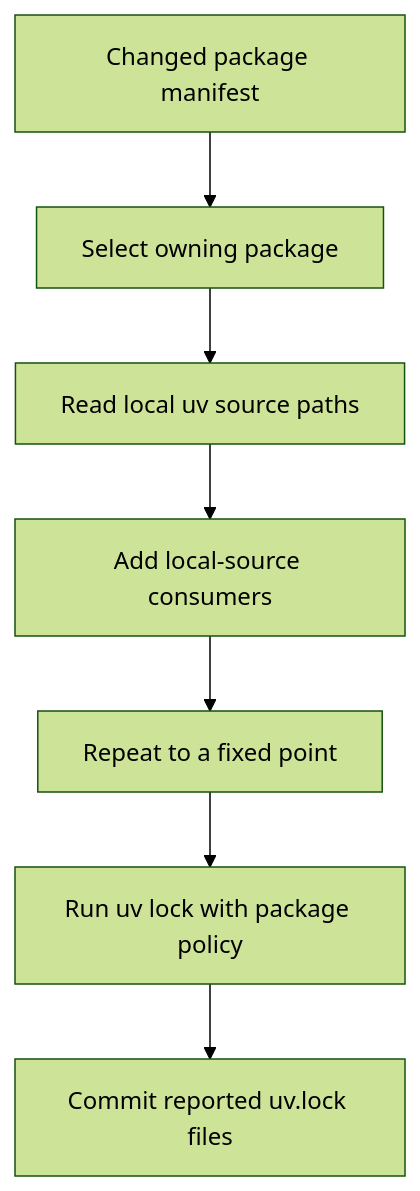
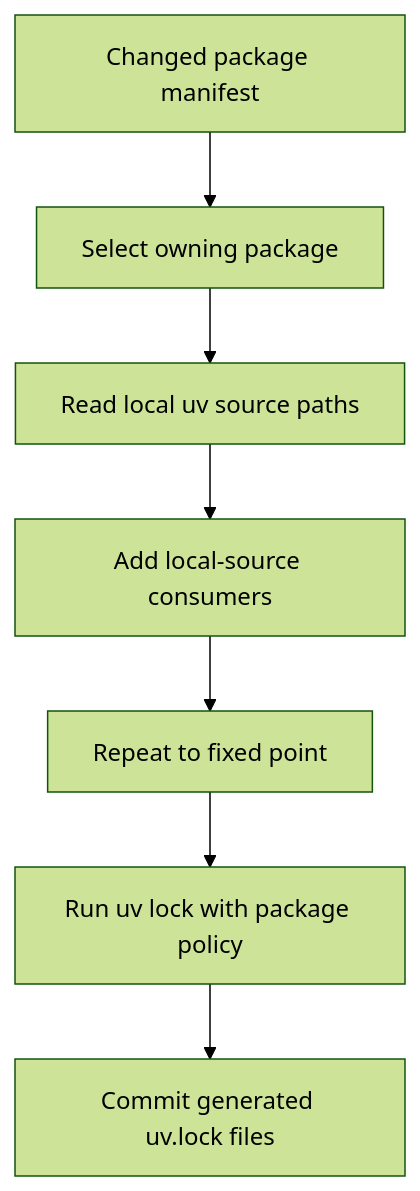
The first of 3 diagrams in openwiki/operations/development.md (langchain-ai/deepagents), drawn with Mermaid (forest theme) before and after one commit. The commit also changed other lines of this file and 34 other files, not shown here.

````diff
--- a/openwiki/operations/development.md
+++ b/openwiki/operations/development.md
@@ -102,9 +100,9 @@
 ```mermaid
 flowchart TD
     Change["Changed package manifest"] --> Owner["Select owning package"]
     Owner --> Sources["Read local uv source paths"]
     Sources --> Consumers["Add local-source consumers"]
-    Consumers --> Closure["Repeat to a fixed point"]
+    Consumers --> Closure["Repeat to fixed point"]
     Closure --> Resolve["Run uv lock with package policy"]
-    Resolve --> Commit["Commit reported uv.lock files"]
+    Resolve --> Commit["Commit generated uv.lock files"]
 ```
````
